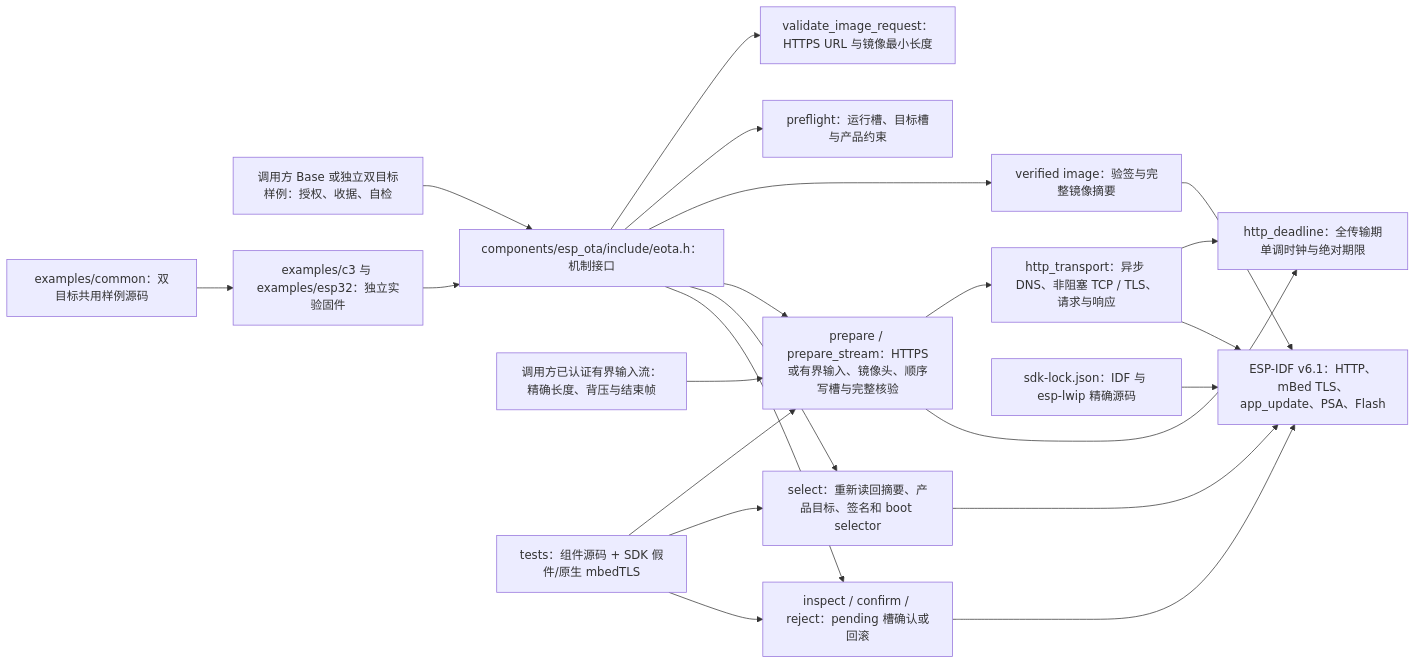
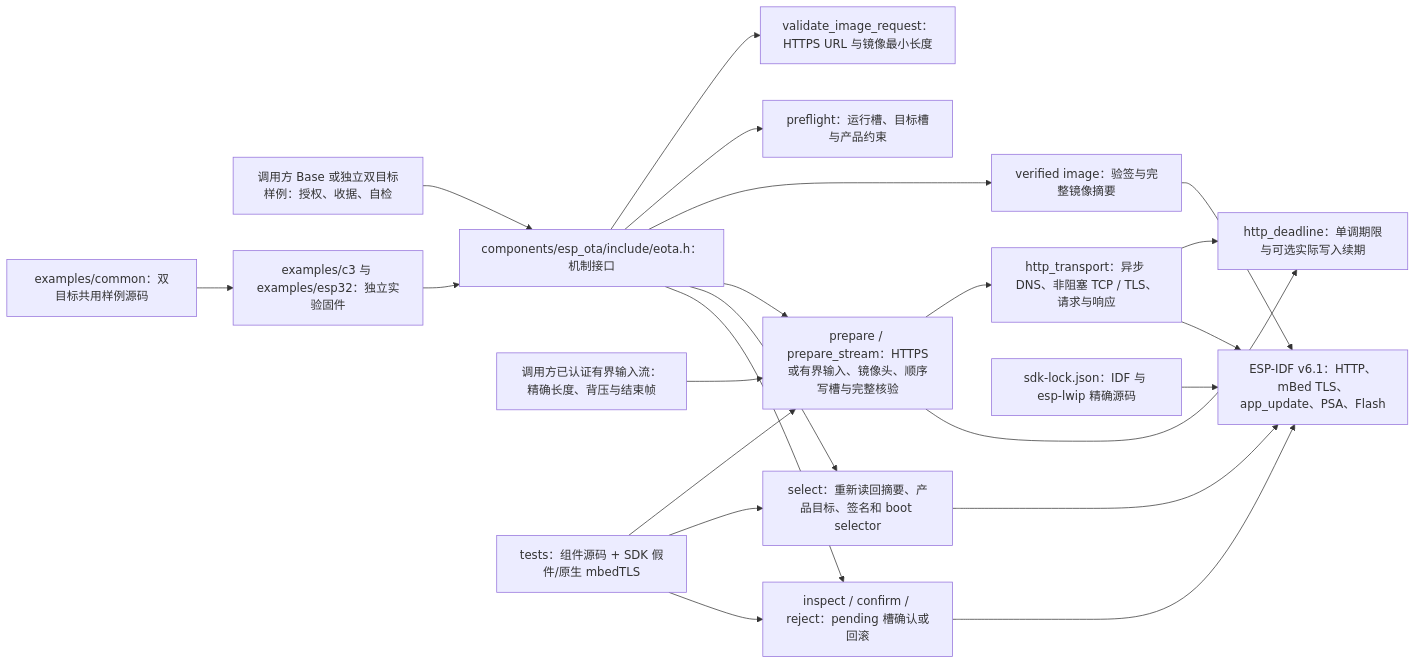
Before and after one commit to darren-you/esp-ota: the diagram in README.md, drawn with Mermaid. The commit also changed other lines of this file and 8 other files, not shown here.

````diff
--- a/README.md
+++ b/README.md
@@ -11,24 +11,24 @@
 ```mermaid
 flowchart LR
     app["调用方 Base 或独立双目标样例：授权、收据、自检"] --> api["components/esp_ota/include/eota.h：机制接口"]
     api --> request["validate_image_request：HTTPS URL 与镜像最小长度"]
     api --> preflight["preflight：运行槽、目标槽与产品约束"]
     api --> identity["verified image：验签与完整镜像摘要"]
     api --> prepare["prepare / prepare_stream：HTTPS或有界输入、镜像头、顺序写槽与完整核验"]
     caller_stream["调用方已认证有界输入流：精确长度、背压与结束帧"] --> prepare
     api --> select["select：重新读回摘要、产品目标、签名和 boot selector"]
     api --> confirm["inspect / confirm / reject：pending 槽确认或回滚"]
     prepare --> transport["http_transport：异步 DNS、非阻塞 TCP / TLS、请求与响应"]
     prepare --> deadline
-    transport --> deadline["http_deadline：全传输期单调时钟与绝对期限"]
+    transport --> deadline["http_deadline：单调期限与可选实际写入续期"]
     transport --> sdk["ESP-IDF v6.1：HTTP、mBed TLS、app_update、PSA、Flash"]
     identity --> sdk
     select --> sdk
     confirm --> sdk
     lock["sdk-lock.json：IDF 与 esp-lwip 精确源码"] --> sdk
     host["tests：组件源码 + SDK 假件/原生 mbedTLS"] --> prepare
     host --> select
     host --> confirm
     shared["examples/common：双目标共用样例源码"] --> sample["examples/c3 与 examples/esp32：独立实验固件"]
     sample --> api
 ```
````
